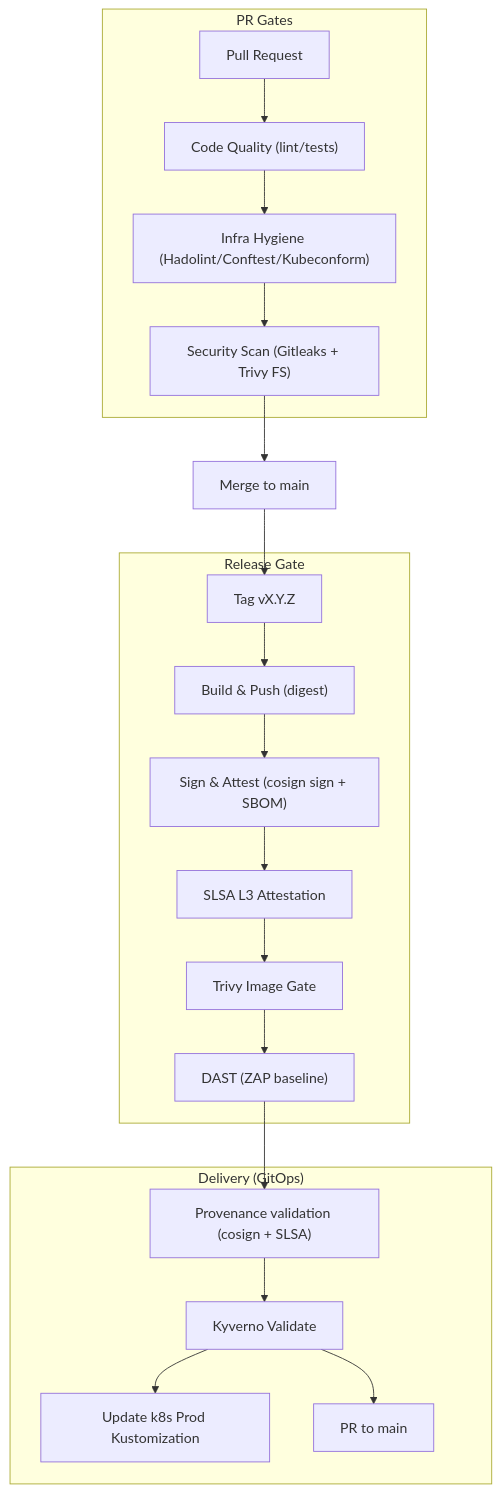
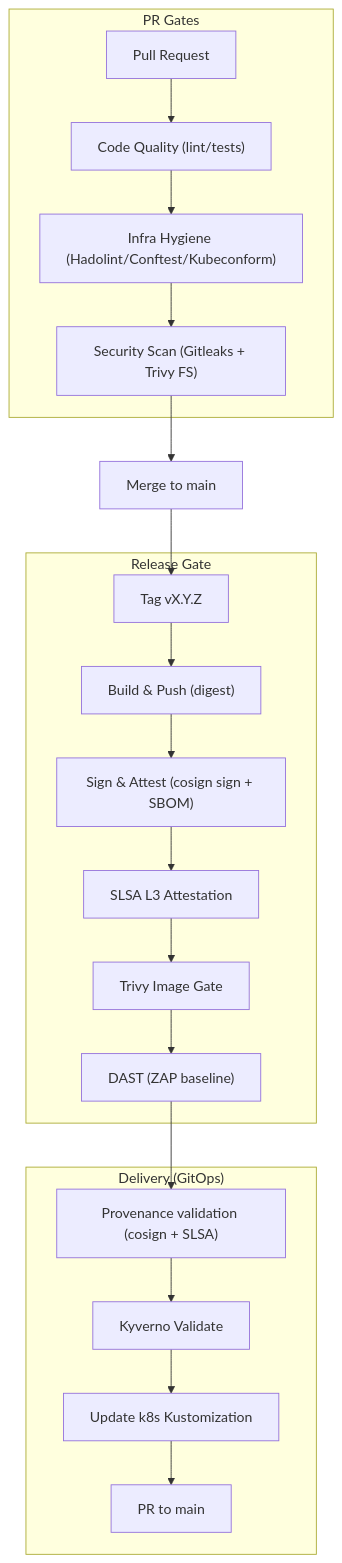
Before and after one commit to agslima/software-delivery-pipeline: the diagram in README.md, drawn with Mermaid.

````diff
--- a/README.md
+++ b/README.md
@@ -88,26 +88,26 @@
 ```mermaid
 graph TD
     subgraph "PR Gates"
         A[Pull Request] --> B["Code Quality (lint/tests)"]
         B --> C["Infra Hygiene (Hadolint/Conftest/Kubeconform)"]
         C --> D["Security Scan (Gitleaks + Trivy FS)"]
     end
 
     D --> E[Merge to main]
     E --> F[Tag vX.Y.Z]
 
     subgraph "Release Gate"
         F --> G["Build & Push (digest)"]
         G --> H["Sign & Attest (cosign sign + SBOM)"]
         H --> I[SLSA L3 Attestation]
         I --> J[Trivy Image Gate]
         J --> K["DAST (ZAP baseline)"]
     end
 
     subgraph "Delivery (GitOps)"
         K --> L["Provenance validation (cosign + SLSA)" ]
         L --> M[Kyverno Validate]
-        M --> N[Update k8s Prod Kustomization]
-        M --> O[PR to main]
+        M --> N[Update k8s Kustomization]
+        N --> O[PR to main]
     end
 ```
````
